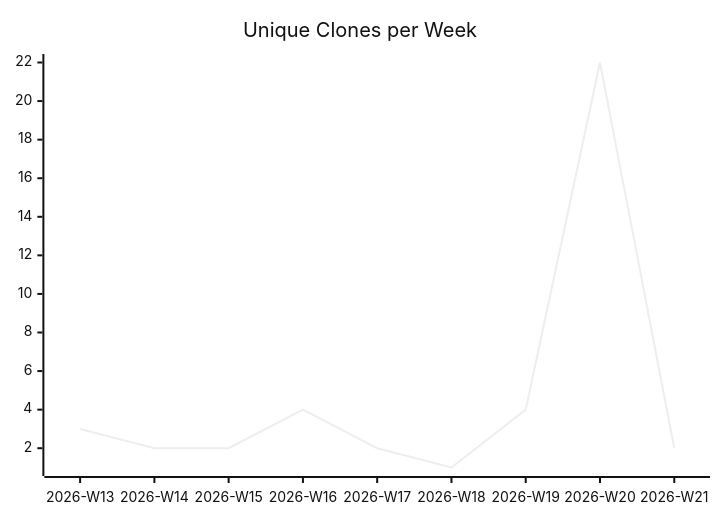
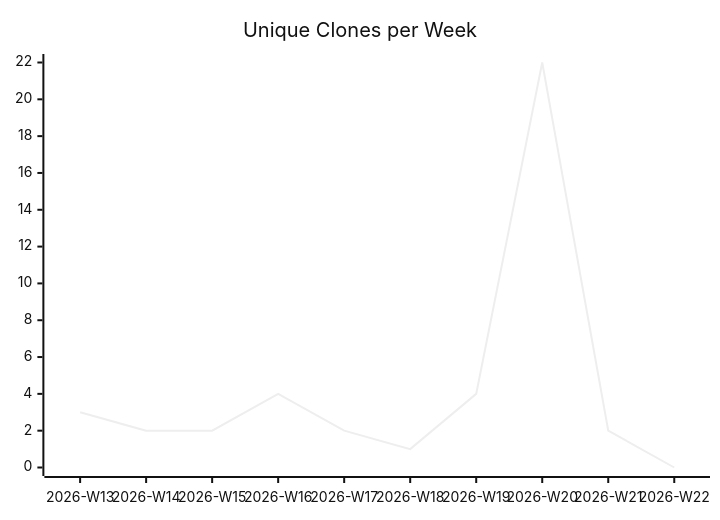
The third of 3 diagrams in karlmdavis/ansible-role-rcm-dotfiles/README.md (justdavis-family/github-analytics-data), drawn with Mermaid (neutral theme) before and after one commit. The commit also changed other lines of this file and 190 other files, not shown here.

````diff
--- a/karlmdavis/ansible-role-rcm-dotfiles/README.md
+++ b/karlmdavis/ansible-role-rcm-dotfiles/README.md
@@ -19,6 +19,6 @@
 ```mermaid
 xychart-beta
   title "Unique Clones per Week"
-  x-axis ["2026-W13", "2026-W14", "2026-W15", "2026-W16", "2026-W17", "2026-W18", "2026-W19", "2026-W20", "2026-W21"]
-  line [3, 2, 2, 4, 2, 1, 4, 22, 2]
+  x-axis ["2026-W13", "2026-W14", "2026-W15", "2026-W16", "2026-W17", "2026-W18", "2026-W19", "2026-W20", "2026-W21", "2026-W22"]
+  line [3, 2, 2, 4, 2, 1, 4, 22, 2, 0]
 ```
````
